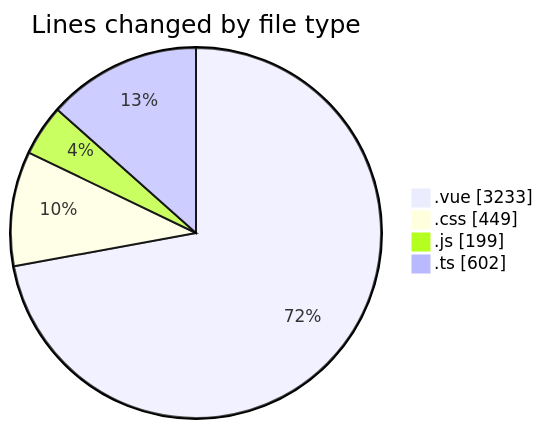
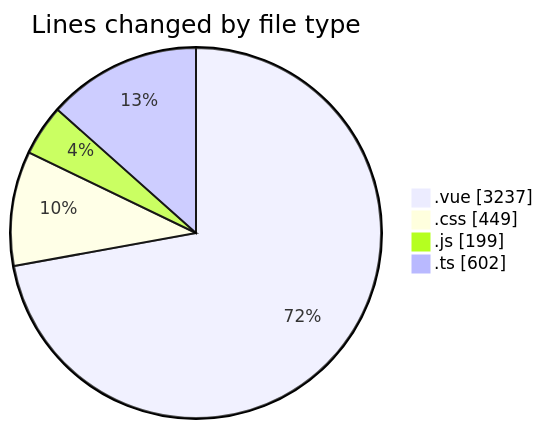
Before and after one commit to lephambinh05/code-tracking: the first of 2 diagrams in 2025-08-10/rentotp/README.md, drawn with Mermaid. The commit also changed other lines of this file and 1 other file, not shown here.

````diff
--- a/2025-08-10/rentotp/README.md
+++ b/2025-08-10/rentotp/README.md
@@ -28,8 +28,8 @@
 ```mermaid
 pie showData
 title Lines changed by file type
-".vue" : 3233
+".vue" : 3237
 ".css" : 449
 ".js" : 199
 ".ts" : 602
 ```
````
